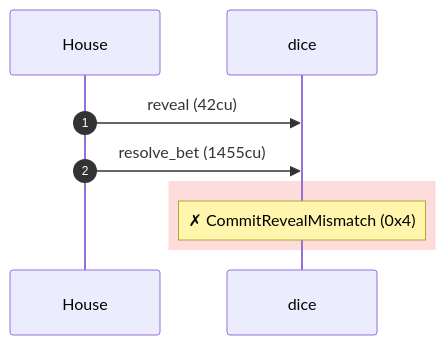
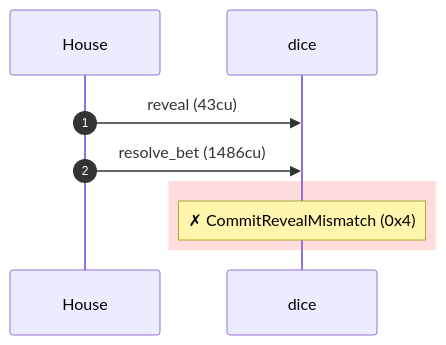
Before and after one commit to cds-turbin3/builder-05-no-fair-dice: the first of 3 diagrams in dogfood/report/switched-preimage.md, drawn with Mermaid. The commit also changed other lines of this file and 15 other files, not shown here.

````diff
--- a/dogfood/report/switched-preimage.md
+++ b/dogfood/report/switched-preimage.md
@@ -19,11 +19,11 @@
 ```mermaid
 sequenceDiagram
     autonumber
     participant House
     participant dice
-    House ->> dice: reveal (42cu)
-    House ->> dice: resolve_bet (1455cu)
+    House ->> dice: reveal (43cu)
+    House ->> dice: resolve_bet (1486cu)
     rect rgb(255, 220, 220)
     note over dice: ✗ CommitRevealMismatch (0x4)
     end
 ```
````
